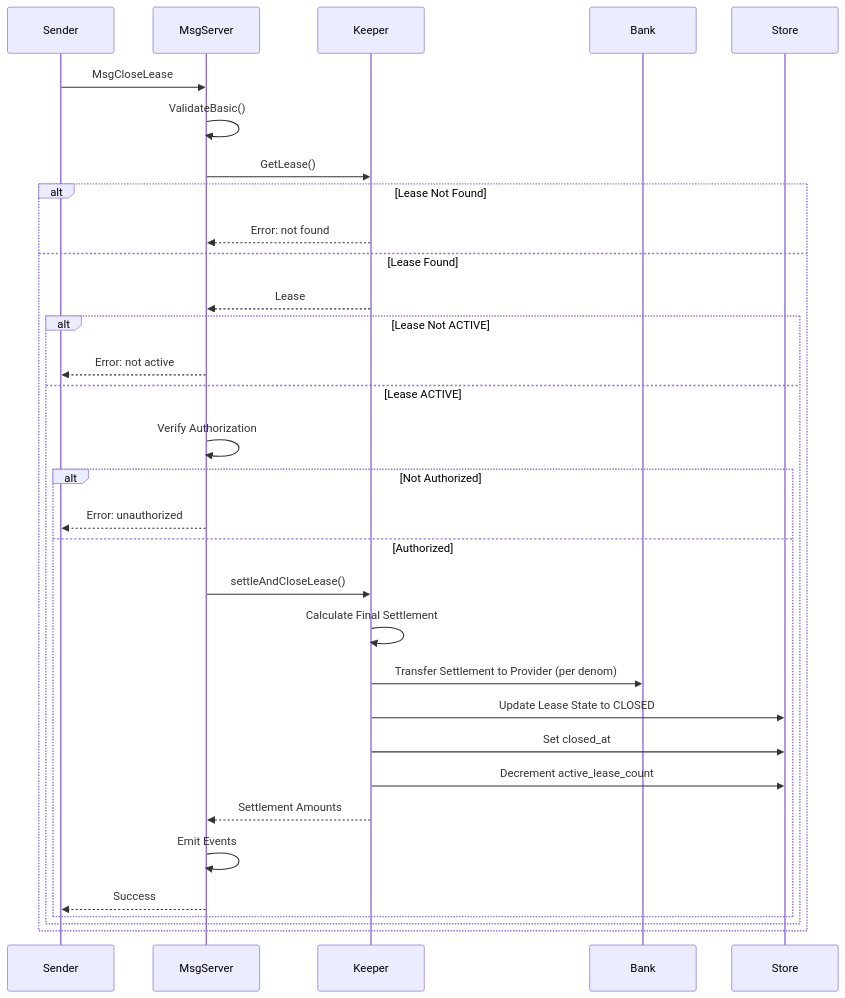
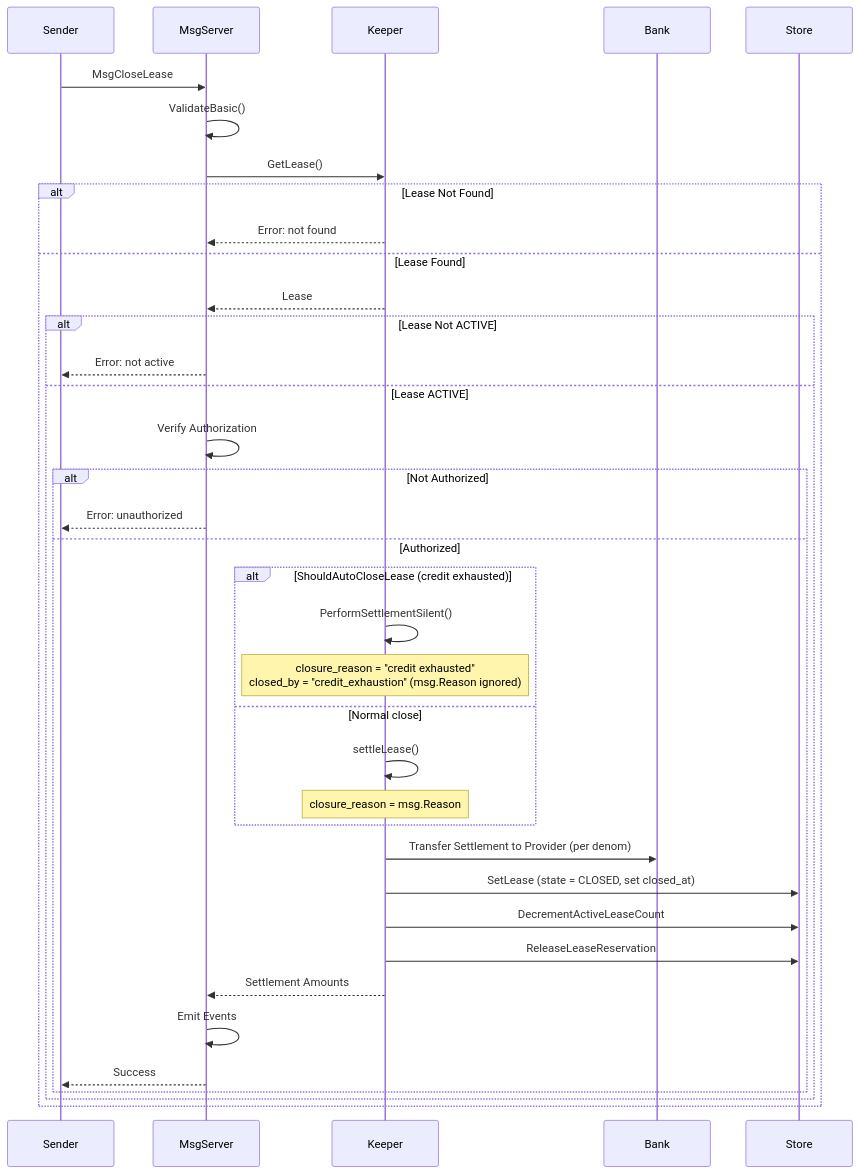
The tenth of 13 diagrams in x/billing/docs/ARCHITECTURE.md (manifest-network/manifest-ledger), drawn with Mermaid before and after one commit. The commit also changed other lines of this file and 16 other files, not shown here.

````diff
--- a/x/billing/docs/ARCHITECTURE.md
+++ b/x/billing/docs/ARCHITECTURE.md
@@ -443,37 +447,42 @@
 ```mermaid
 sequenceDiagram
     participant Sender
     participant MsgServer
     participant Keeper
     participant Bank
     participant Store
     
     Sender->>MsgServer: MsgCloseLease
     MsgServer->>MsgServer: ValidateBasic()
     MsgServer->>Keeper: GetLease()
     
     alt Lease Not Found
         Keeper-->>MsgServer: Error: not found
     else Lease Found
         Keeper-->>MsgServer: Lease
         
         alt Lease Not ACTIVE
             MsgServer-->>Sender: Error: not active
         else Lease ACTIVE
             MsgServer->>MsgServer: Verify Authorization
             alt Not Authorized
                 MsgServer-->>Sender: Error: unauthorized
             else Authorized
-                MsgServer->>Keeper: settleAndCloseLease()
-                Keeper->>Keeper: Calculate Final Settlement
+                alt ShouldAutoCloseLease (credit exhausted)
+                    Keeper->>Keeper: PerformSettlementSilent()
+                    Note over Keeper: closure_reason = "credit exhausted"<br/>closed_by = "credit_exhaustion" (msg.Reason ignored)
+                else Normal close
+                    Keeper->>Keeper: settleLease()
+                    Note over Keeper: closure_reason = msg.Reason
+                end
                 Keeper->>Bank: Transfer Settlement to Provider (per denom)
-                Keeper->>Store: Update Lease State to CLOSED
-                Keeper->>Store: Set closed_at
-                Keeper->>Store: Decrement active_lease_count
+                Keeper->>Store: SetLease (state = CLOSED, set closed_at)
+                Keeper->>Store: DecrementActiveLeaseCount
+                Keeper->>Store: ReleaseLeaseReservation
                 Keeper-->>MsgServer: Settlement Amounts
                 MsgServer->>MsgServer: Emit Events
                 MsgServer-->>Sender: Success
             end
         end
     end
 ```
````
